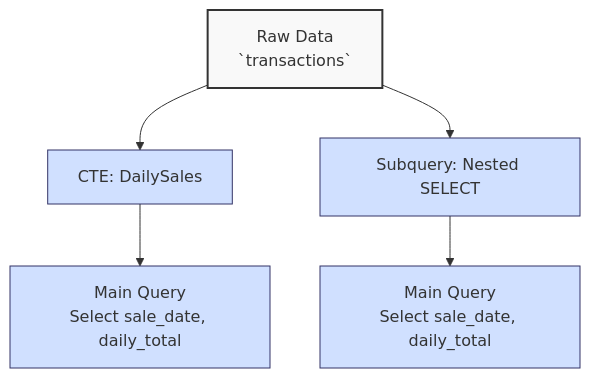
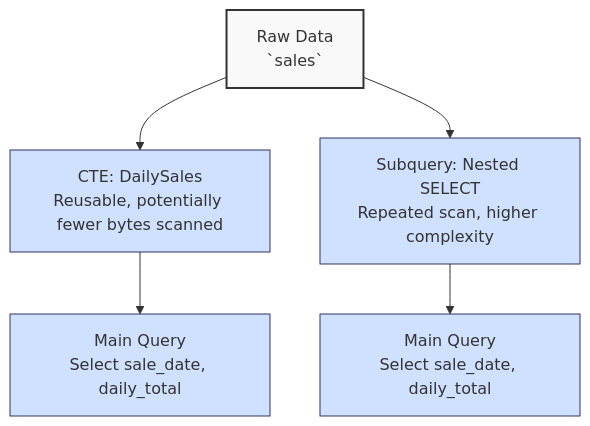
Before and after one commit to wahidyankf/oss: the fourth of 4 diagrams in apps-standalone/ayokoding-web/content/en/learn/software-engineering/onboardings/hijra-data-engineering/ch27-bigquery-advanced-querying/_index.md, drawn with Mermaid. The commit also changed other lines of this file and 5 other files, not shown here.

````diff
--- a/apps-standalone/ayokoding-web/content/en/learn/software-engineering/onboardings/hijra-data-engineering/ch27-bigquery-advanced-querying/_index.md
+++ b/apps-standalone/ayokoding-web/content/en/learn/software-engineering/onboardings/hijra-data-engineering/ch27-bigquery-advanced-querying/_index.md
@@ -902,13 +920,13 @@
 ```mermaid
 flowchart TD
-    A["Raw Data<br>`transactions`"] --> B["CTE: DailySales"]
+    A["Raw Data<br>`sales`"] --> B["CTE: DailySales<br>Reusable, potentially fewer bytes scanned"]
     B --> C["Main Query<br>Select sale_date, daily_total"]
-    A --> D["Subquery: Nested SELECT"]
+    A --> D["Subquery: Nested SELECT<br>Repeated scan, higher complexity"]
     D --> E["Main Query<br>Select sale_date, daily_total"]
 
     classDef data fill:#f9f9f9,stroke:#333,stroke-width:2px
     classDef process fill:#d0e0ff,stroke:#336,stroke-width:1px
 
     class A data
     class B,C,D,E process
 ```
````
